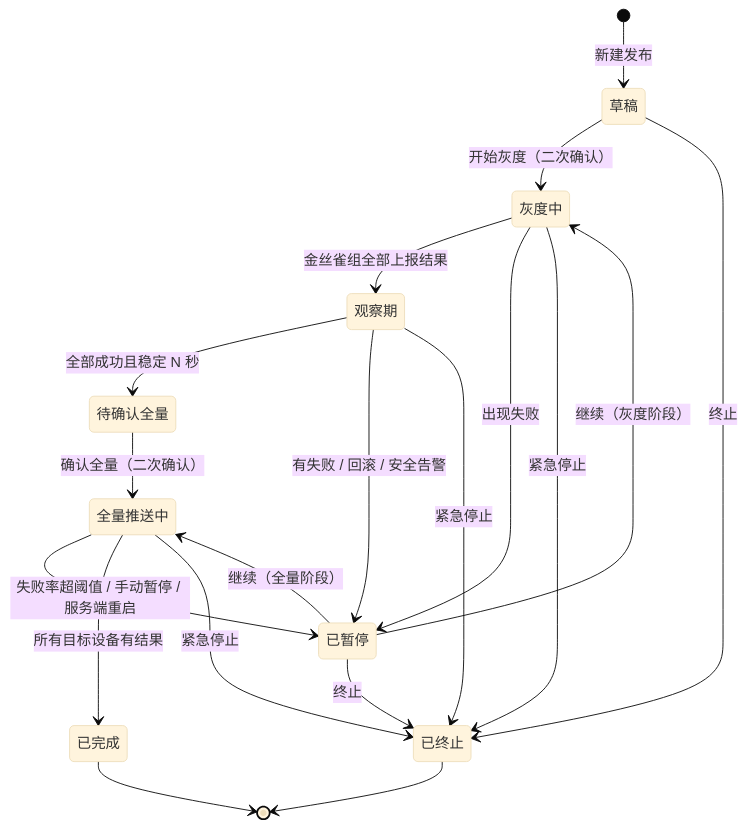
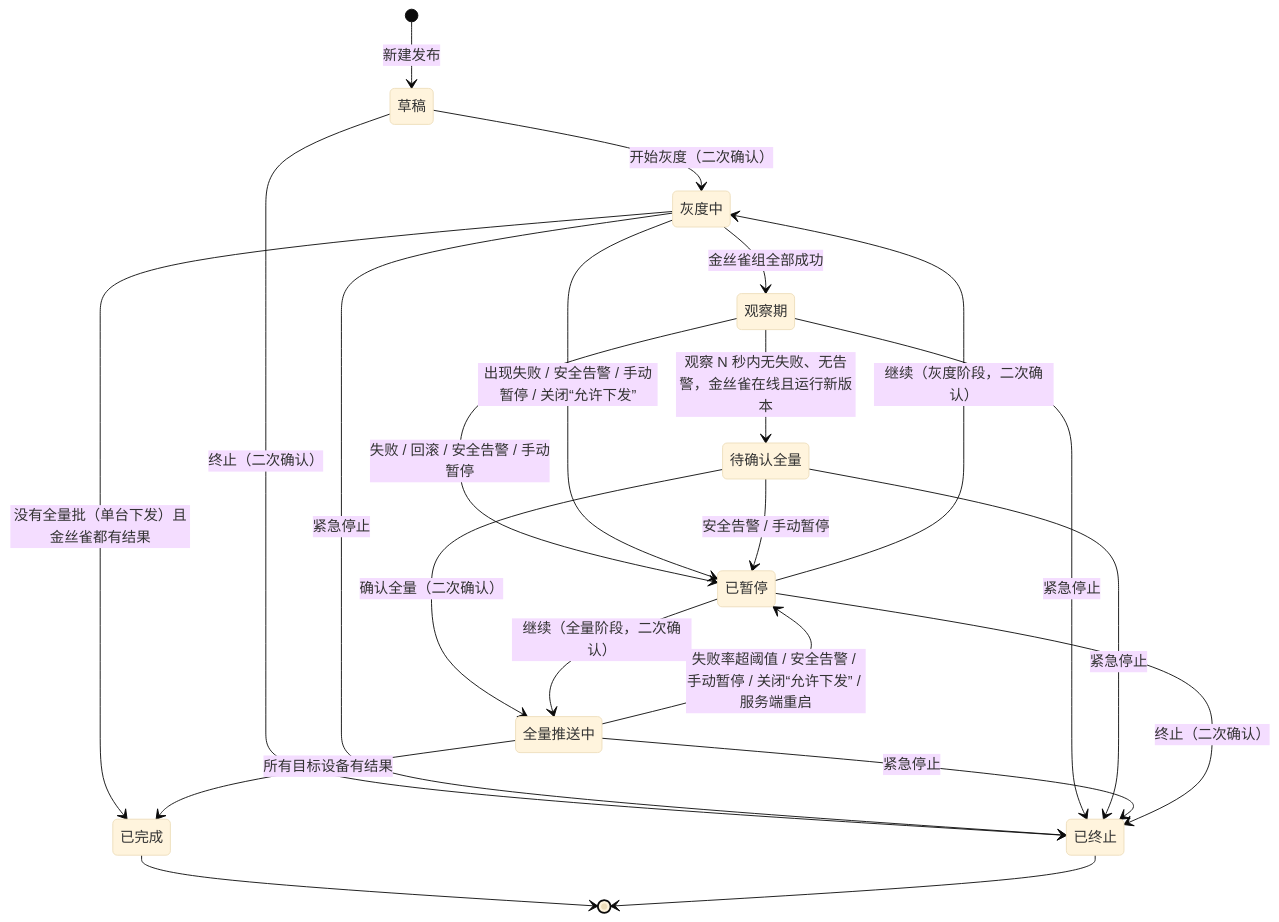
The fifth of 11 diagrams in docs/系统设计说明书.md (ahu-iii/firmware-distribution-system), drawn with Mermaid (base theme) before and after one commit. The commit also changed other lines of this file and 39 other files, not shown here.

````diff
--- a/docs/系统设计说明书.md
+++ b/docs/系统设计说明书.md
@@ -226,21 +226,24 @@
 ```mermaid
 stateDiagram-v2
     [*] --> 草稿: 新建发布
     草稿 --> 灰度中: 开始灰度（二次确认）
-    灰度中 --> 观察期: 金丝雀组全部上报结果
-    观察期 --> 待确认全量: 全部成功且稳定 N 秒
-    观察期 --> 已暂停: 有失败 / 回滚 / 安全告警
-    灰度中 --> 已暂停: 出现失败
+    灰度中 --> 观察期: 金丝雀组全部成功
+    灰度中 --> 已完成: 没有全量批（单台下发）且金丝雀都有结果
+    观察期 --> 待确认全量: 观察 N 秒内无失败、无告警，金丝雀在线且运行新版本
+    观察期 --> 已暂停: 失败 / 回滚 / 安全告警 / 手动暂停
+    灰度中 --> 已暂停: 出现失败 / 安全告警 / 手动暂停 / 关闭“允许下发”
+    待确认全量 --> 已暂停: 安全告警 / 手动暂停
     待确认全量 --> 全量推送中: 确认全量（二次确认）
-    全量推送中 --> 已暂停: 失败率超阈值 / 手动暂停 / 服务端重启
-    已暂停 --> 灰度中: 继续（灰度阶段）
-    已暂停 --> 全量推送中: 继续（全量阶段）
+    全量推送中 --> 已暂停: 失败率超阈值 / 安全告警 / 手动暂停 / 关闭“允许下发” / 服务端重启
+    已暂停 --> 灰度中: 继续（灰度阶段，二次确认）
+    已暂停 --> 全量推送中: 继续（全量阶段，二次确认）
     全量推送中 --> 已完成: 所有目标设备有结果
-    草稿 --> 已终止: 终止
+    草稿 --> 已终止: 终止（二次确认）
     灰度中 --> 已终止: 紧急停止
     观察期 --> 已终止: 紧急停止
+    待确认全量 --> 已终止: 紧急停止
     全量推送中 --> 已终止: 紧急停止
-    已暂停 --> 已终止: 终止
+    已暂停 --> 已终止: 终止（二次确认）
     已完成 --> [*]
     已终止 --> [*]
 ```
````
